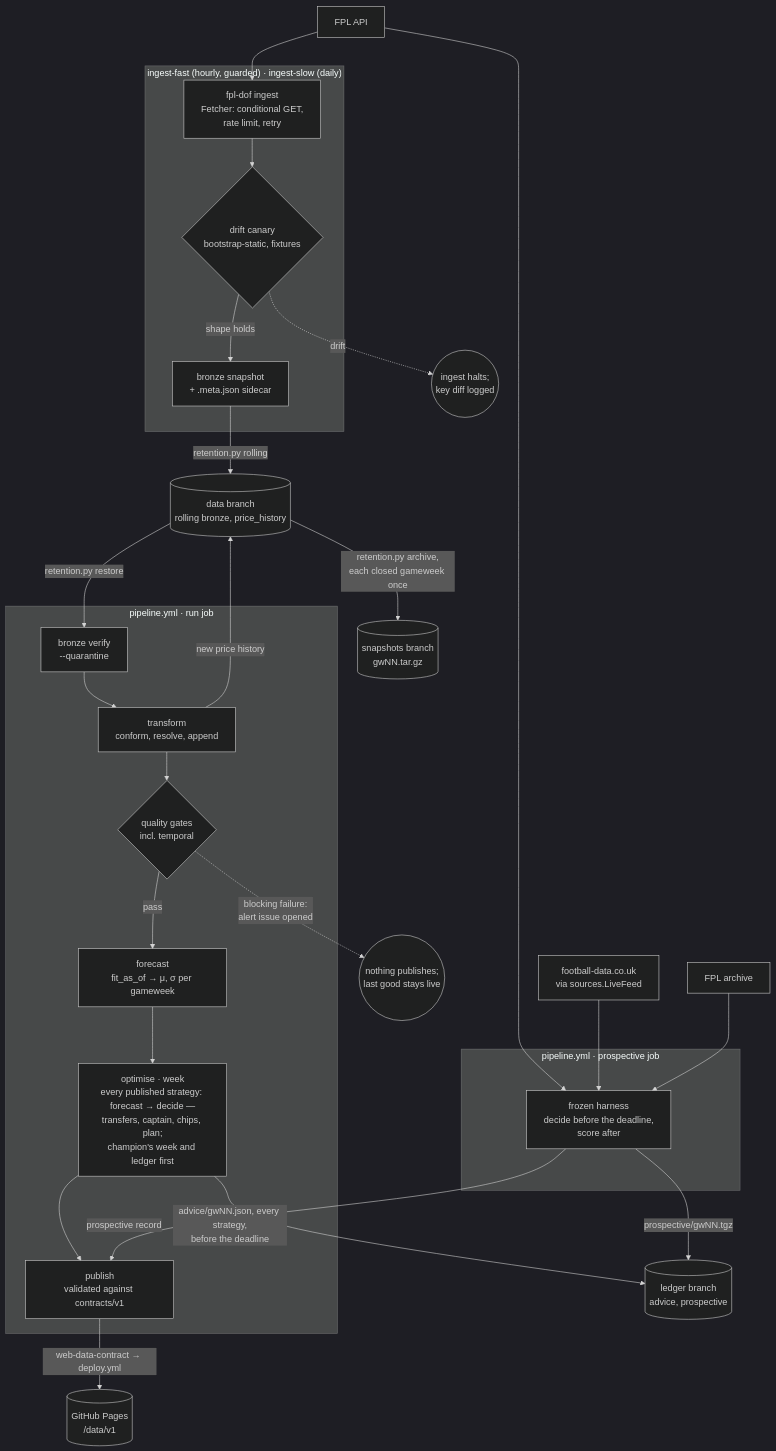
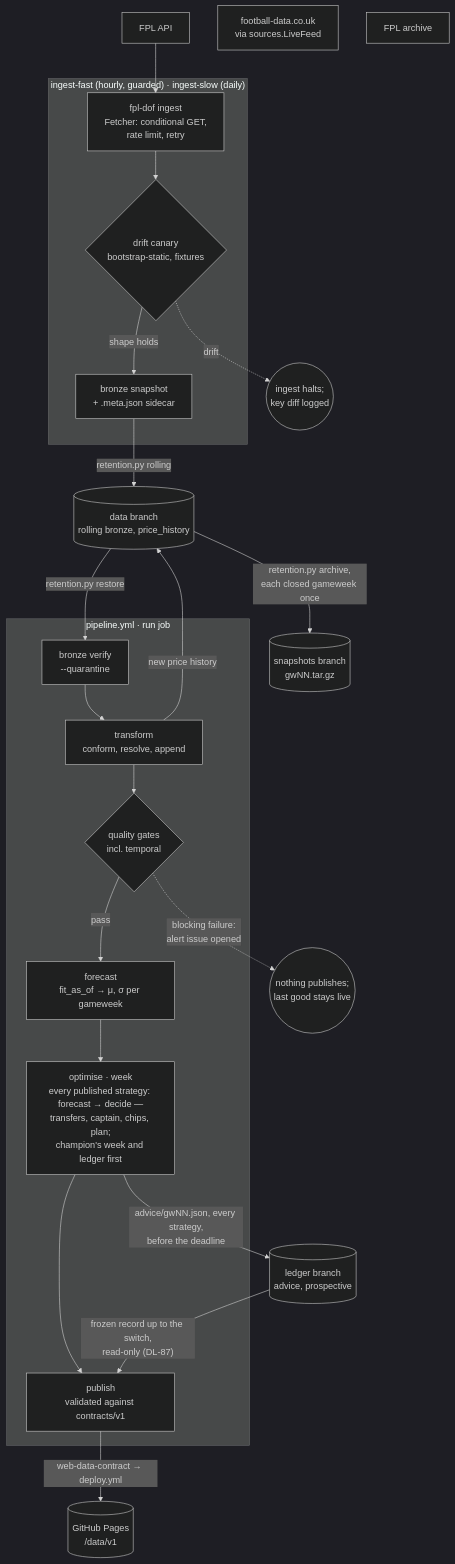
Before and after one commit to talonegg/fpl_dof2: the third of 5 diagrams in docs/planning/03-solution-architecture.md, drawn with Mermaid (dark theme). The commit also changed other lines of this file and 39 other files, not shown here.

First line of the commit message:
feat(models): retire the frozen harness; mark the switch to the live ledger (MOD-06)

````diff
--- a/docs/planning/03-solution-architecture.md
+++ b/docs/planning/03-solution-architecture.md
@@ -225,47 +225,41 @@
 ```mermaid
 flowchart TB
     FPL["FPL API"]
     ODDS["football-data.co.uk<br/>via sources.LiveFeed"]
     ARC["FPL archive"]
 
     subgraph ingest["ingest-fast (hourly, guarded) · ingest-slow (daily)"]
         FET["fpl-dof ingest<br/>Fetcher: conditional GET,<br/>rate limit, retry"]
         CAN{"drift canary<br/>bootstrap-static, fixtures"}
         BRZ["bronze snapshot<br/>+ .meta.json sidecar"]
-    end
-
-    subgraph prosp["pipeline.yml · prospective job"]
-        PRO["frozen harness<br/>decide before the deadline,<br/>score after"]
     end
 
     subgraph run["pipeline.yml · run job"]
         VER["bronze verify<br/>--quarantine"]
         TRF["transform<br/>conform, resolve, append"]
         QG{"quality gates<br/>incl. temporal"}
         FC["forecast<br/>fit_as_of → μ, σ per gameweek"]
         DEC["optimise · week<br/>every published strategy: forecast → decide —<br/>transfers, captain, chips, plan;<br/>champion's week and ledger first"]
         PUB["publish<br/>validated against contracts/v1"]
     end
 
     DATA[("data branch<br/>rolling bronze, price_history")]
     SNAP[("snapshots branch<br/>gwNN.tar.gz")]
     LED[("ledger branch<br/>advice, prospective")]
     PAGES[("GitHub Pages<br/>/data/v1")]
     HALT(("ingest halts;<br/>key diff logged"))
     STOP(("nothing publishes;<br/>last good stays live"))
 
     FPL --> FET --> CAN
     CAN -->|"shape holds"| BRZ
     CAN -.->|"drift"| HALT
     BRZ -->|"retention.py rolling"| DATA
     DATA -->|"retention.py archive,<br/>each closed gameweek once"| SNAP
-    FPL & ODDS & ARC --> PRO
-    PRO -->|"prospective/gwNN.tgz"| LED
     DATA -->|"retention.py restore"| VER --> TRF --> QG
     QG -->|"pass"| FC --> DEC --> PUB
     QG -.->|"blocking failure:<br/>alert issue opened"| STOP
     DEC -->|"advice/gwNN.json, every strategy,<br/>before the deadline"| LED
-    PRO -->|"prospective record"| PUB
+    LED -->|"frozen record up to the switch,<br/>read-only (DL-87)"| PUB
     TRF -->|"new price history"| DATA
     PUB -->|"web-data-contract → deploy.yml"| PAGES
 ```
````
